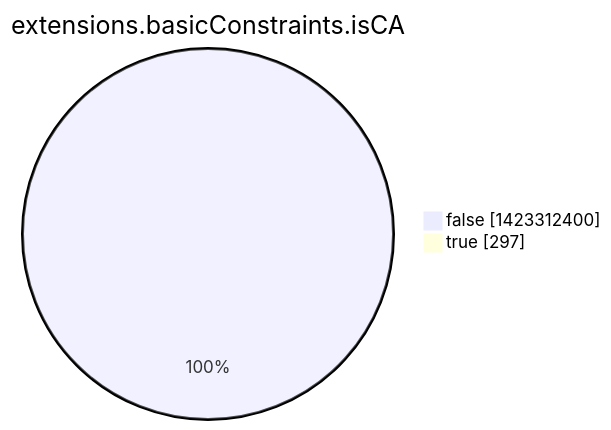
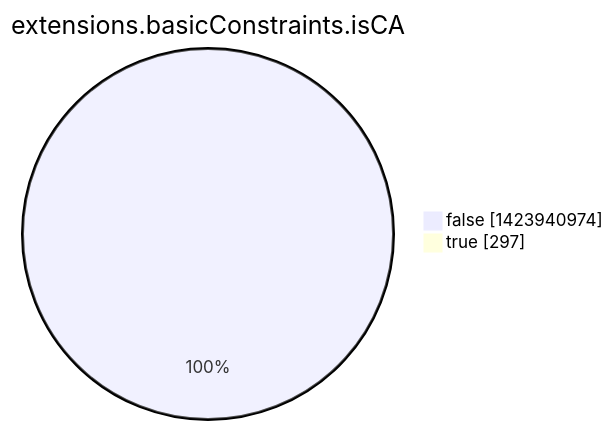
The eighth of 15 diagrams in argon2022/README.md (christiankrug/ctmonitor_visualization), drawn with Mermaid before and after one commit. The commit also changed other lines of this file, not shown here.

````diff
--- a/argon2022/README.md
+++ b/argon2022/README.md
@@ -2760,6 +2760,6 @@
 ```mermaid
 pie showData
 title extensions.basicConstraints.isCA
-"false" :1423312400
+"false" :1423940974
 "true" :297
 ```
````
